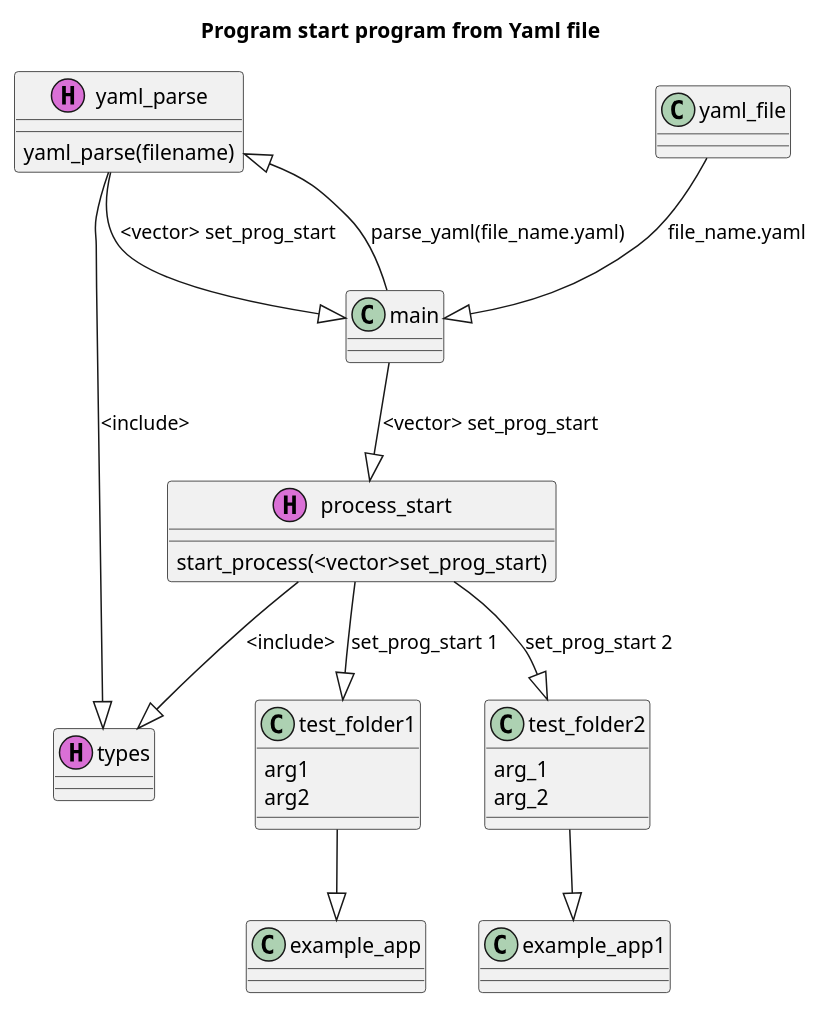
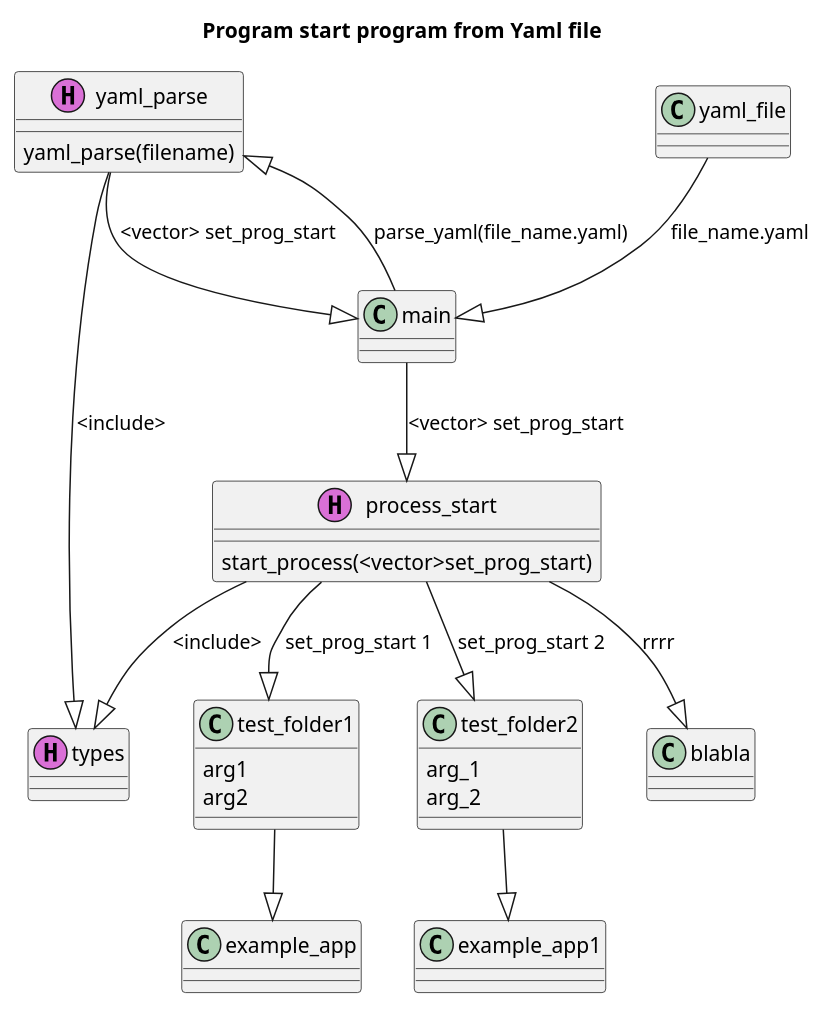
The diagram in docs/UML/Struct_prog.puml (zonmen/tests), drawn with PlantUML before and after one commit.

```diff
--- a/docs/UML/Struct_prog.puml
+++ b/docs/UML/Struct_prog.puml
@@ -1,35 +1,36 @@
 @startuml
 title "Program start program from Yaml file"
 class  yaml_parse  << (H,orchid) >>
 class  process_start  << (H,orchid) >>
 class  types  << (H,orchid) >>
 
 yaml_file --|> main :"file_name.yaml"
 
 
 main --|> process_start :"<vector> set_prog_start"
 
 main --|> yaml_parse :"parse_yaml(file_name.yaml)"
 yaml_parse --|> main :"<vector> set_prog_start"
 
 process_start --|> types :"<include>"
 yaml_parse --|> types :"<include>"
 
 process_start --|> test_folder1 :"set_prog_start 1"
 process_start --|> test_folder2 :"set_prog_start 2"
+process_start --|> blabla : "rrrr" 
 
 test_folder1 --|> example_app
 test_folder2 --|> example_app1  
 
 
 test_folder1 : arg1
 test_folder1 : arg2
 
 test_folder2 : arg_1
 test_folder2 : arg_2
 
 yaml_parse : yaml_parse(filename)
 process_start : start_process(<vector>set_prog_start)
 
 
 @enduml
```
